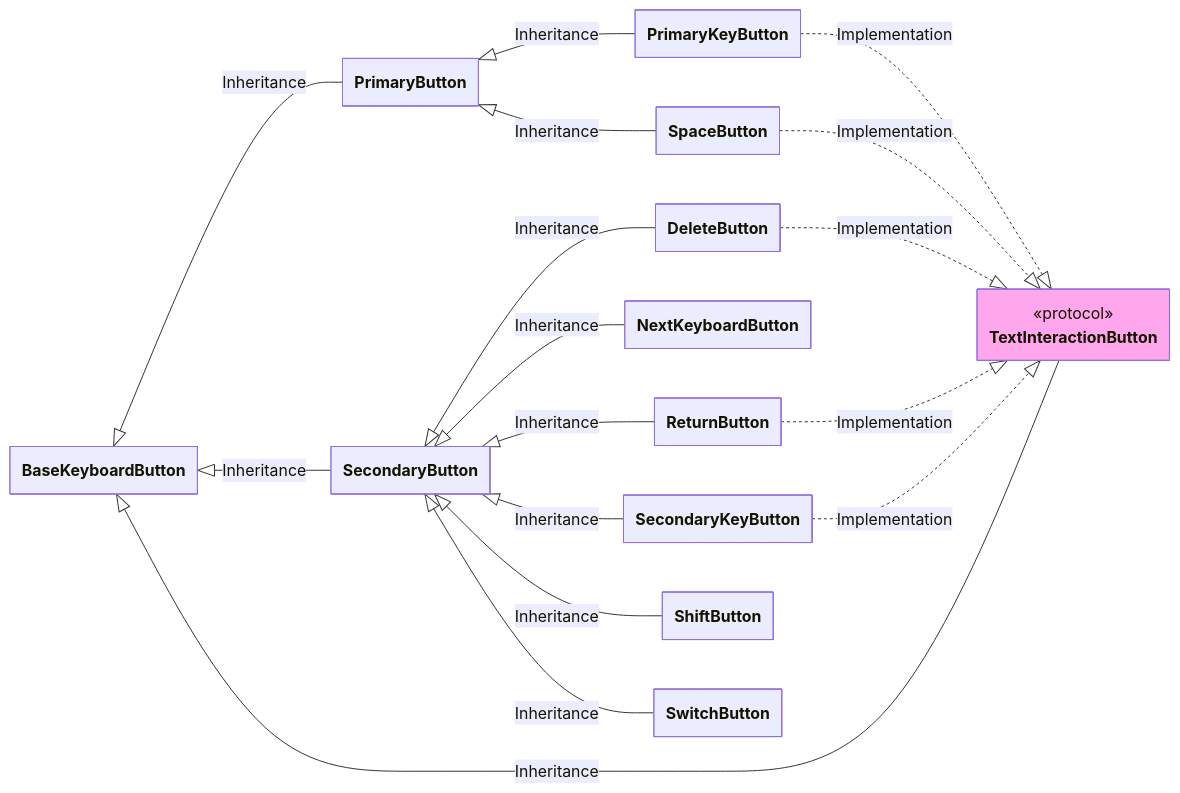
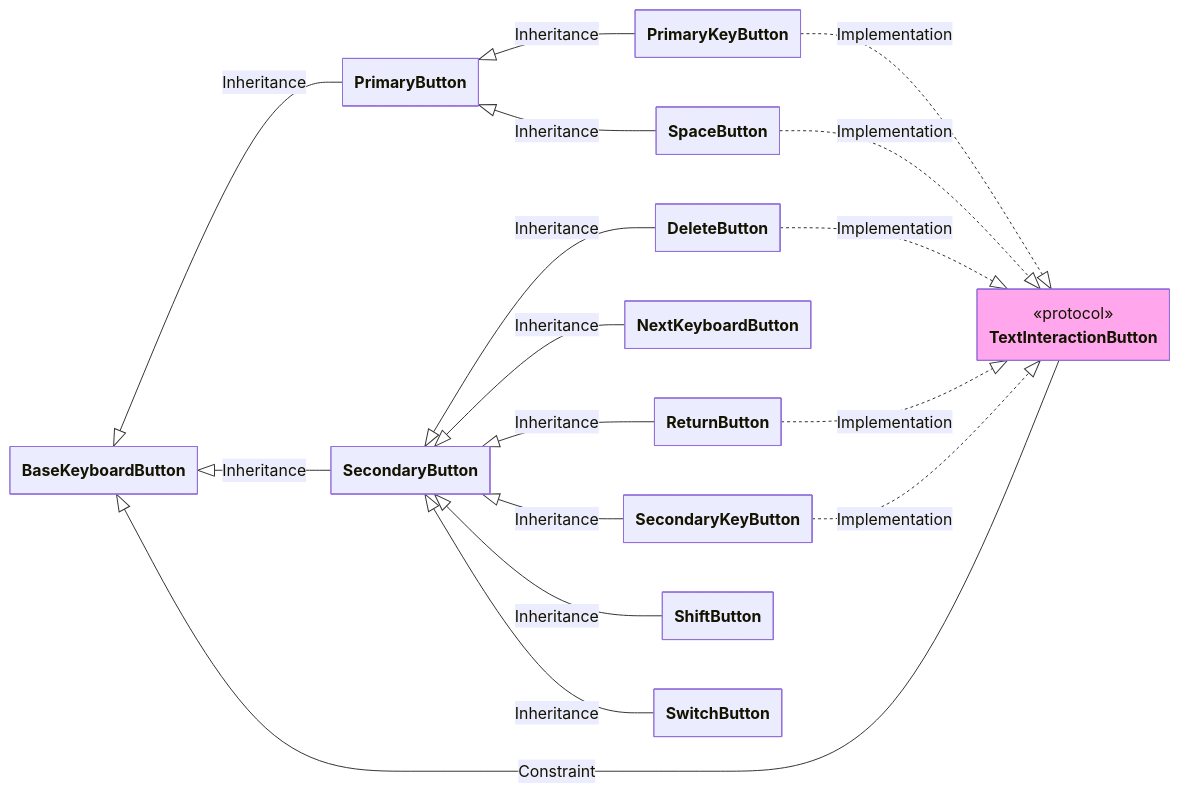
The third of 3 diagrams in README.md (SNMac/SYKeyboard), drawn with Mermaid before and after one commit.

````diff
--- a/README.md
+++ b/README.md
@@ -242,45 +242,45 @@
 ``` mermaid
 %%{
   init: {
     "theme": "default",
     "fontFamily": "JetBrainsMono NFP",
     "elk": {
         "mergeEdges": false,
         "nodePlacementStrategy": "BRANDES_KOEPF",
         "forceNodeModelOrder": false,
         "considerModelOrder": "NODES_AND_EDGES"
     },
     "class": {
         "hideEmptyMembersBox": true
     }
   }
 }%%
 classDiagram
 direction LR
     %% Keyboard Button
     class TextInteractionButton:::SYKeyboard_primary { <<protocol>> }
 
     BaseKeyboardButton <|-- PrimaryButton: Inheritance
     BaseKeyboardButton <|-- SecondaryButton: Inheritance
-    BaseKeyboardButton <|-- TextInteractionButton: Inheritance
+    BaseKeyboardButton <|-- TextInteractionButton: Constraint
 
     PrimaryButton <|-- PrimaryKeyButton: Inheritance
     PrimaryButton <|-- SpaceButton: Inheritance
 
     PrimaryKeyButton ..|> TextInteractionButton: Implementation
 
     SecondaryButton <|-- DeleteButton: Inheritance
     SecondaryButton <|-- NextKeyboardButton: Inheritance
     SecondaryButton <|-- ReturnButton: Inheritance
     SecondaryButton <|-- SecondaryKeyButton: Inheritance
     SecondaryButton <|-- ShiftButton: Inheritance
     SecondaryButton <|-- SwitchButton: Inheritance
 
     SecondaryKeyButton ..|> TextInteractionButton: Implementation
 
     DeleteButton ..|> TextInteractionButton: Implementation
     ReturnButton ..|> TextInteractionButton: Implementation
     SpaceButton ..|> TextInteractionButton: Implementation
 
     classDef SYKeyboard_primary fill:#ffa6ed
 ```
````
